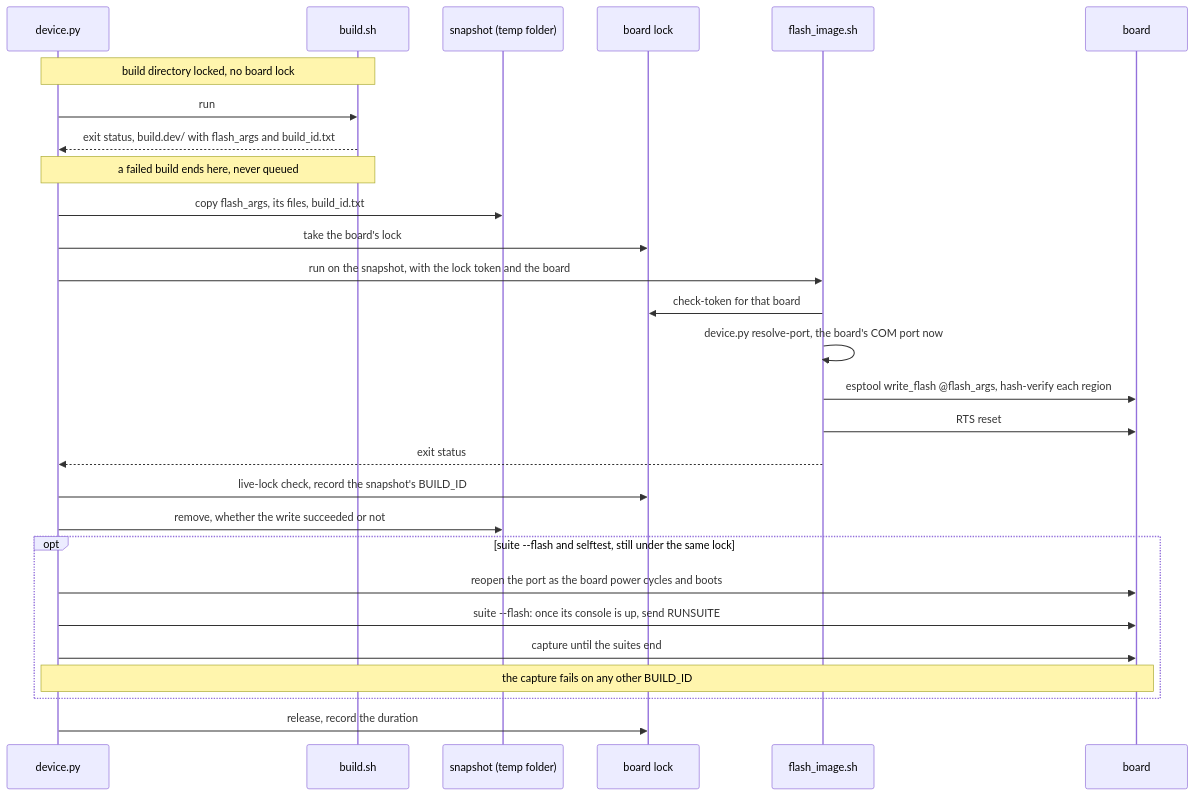
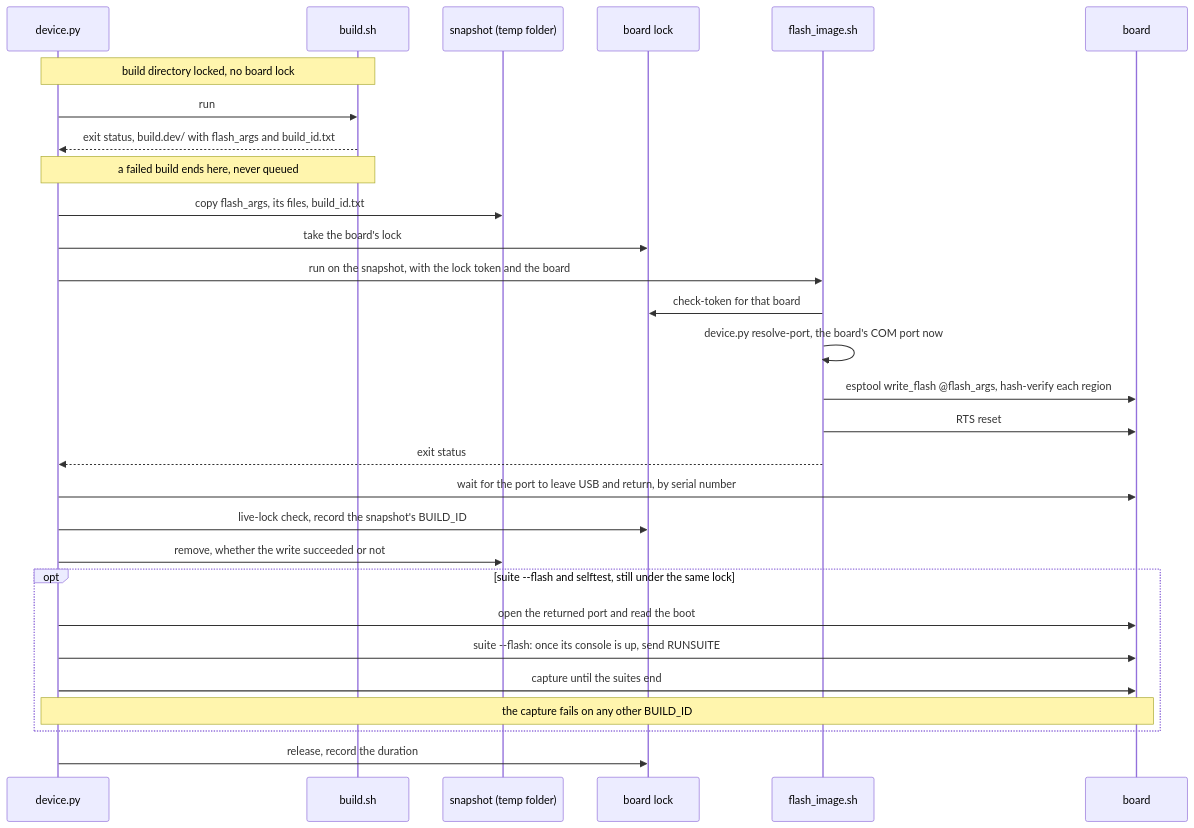
One commit to jose-villegas/autana changed the diagram in docs/tools/Flash-and-Captures.md. Above: the diagram before and after it, drawn with Mermaid. The commit also changed other lines of this file and 7 other files, not shown here.

First line of the commit message:
device: every reset waits for the board's port to leave USB and return by serial number

````diff
--- a/docs/tools/Flash-and-Captures.md
+++ b/docs/tools/Flash-and-Captures.md
@@ -41,31 +41,32 @@
 ```mermaid
 sequenceDiagram
     participant Dev as device.py
     participant Build as build.sh
     participant Snap as snapshot (temp folder)
     participant Lock as board lock
     participant Sh as flash_image.sh
     participant Board as board
 
     Note over Dev,Build: build directory locked, no board lock
     Dev->>Build: run
     Build-->>Dev: exit status, build.dev/ with flash_args and build_id.txt
     Note over Dev,Build: a failed build ends here, never queued
     Dev->>Snap: copy flash_args, its files, build_id.txt
     Dev->>Lock: take the board's lock
     Dev->>Sh: run on the snapshot, with the lock token and the board
     Sh->>Lock: check-token for that board
     Sh->>Sh: device.py resolve-port, the board's COM port now
     Sh->>Board: esptool write_flash @flash_args, hash-verify each region
     Sh->>Board: RTS reset
     Sh-->>Dev: exit status
+    Dev->>Board: wait for the port to leave USB and return, by serial number
     Dev->>Lock: live-lock check, record the snapshot's BUILD_ID
     Dev->>Snap: remove, whether the write succeeded or not
     opt suite --flash and selftest, still under the same lock
-        Dev->>Board: reopen the port as the board power cycles and boots
+        Dev->>Board: open the returned port and read the boot
         Dev->>Board: suite --flash: once its console is up, send RUNSUITE
         Dev->>Board: capture until the suites end
         Note over Dev,Board: the capture fails on any other BUILD_ID
     end
     Dev->>Lock: release, record the duration
 ```
````
